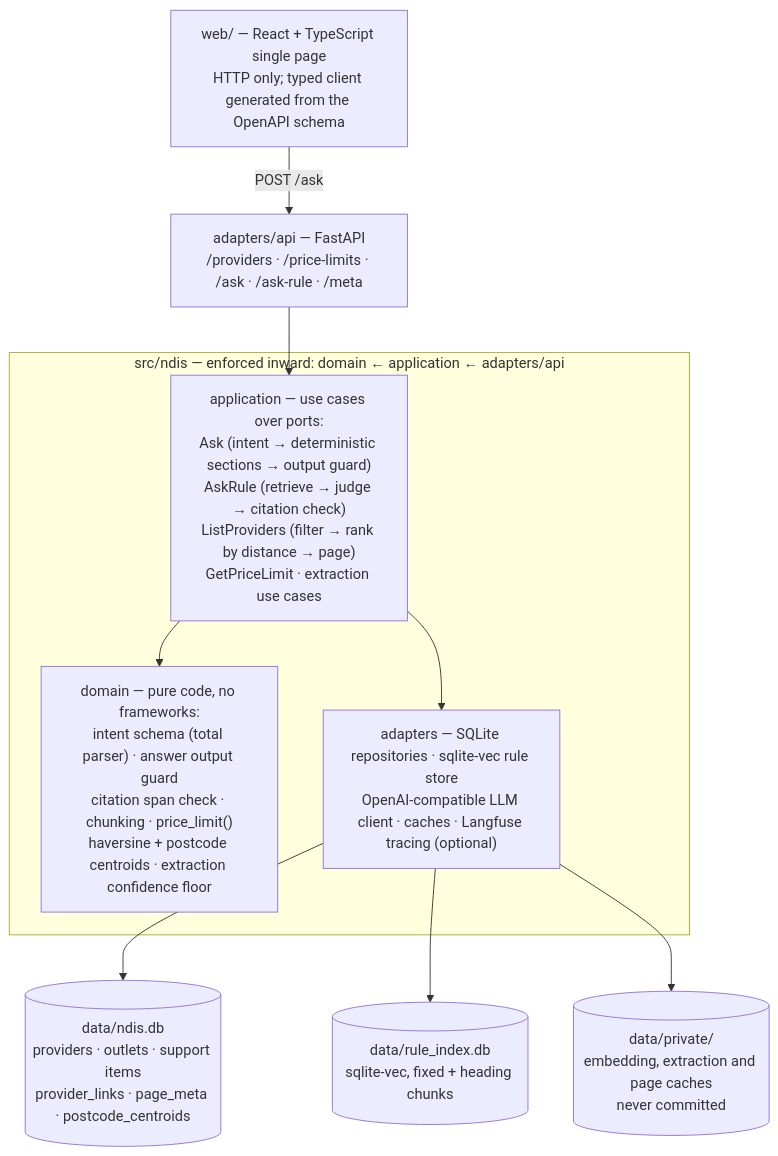
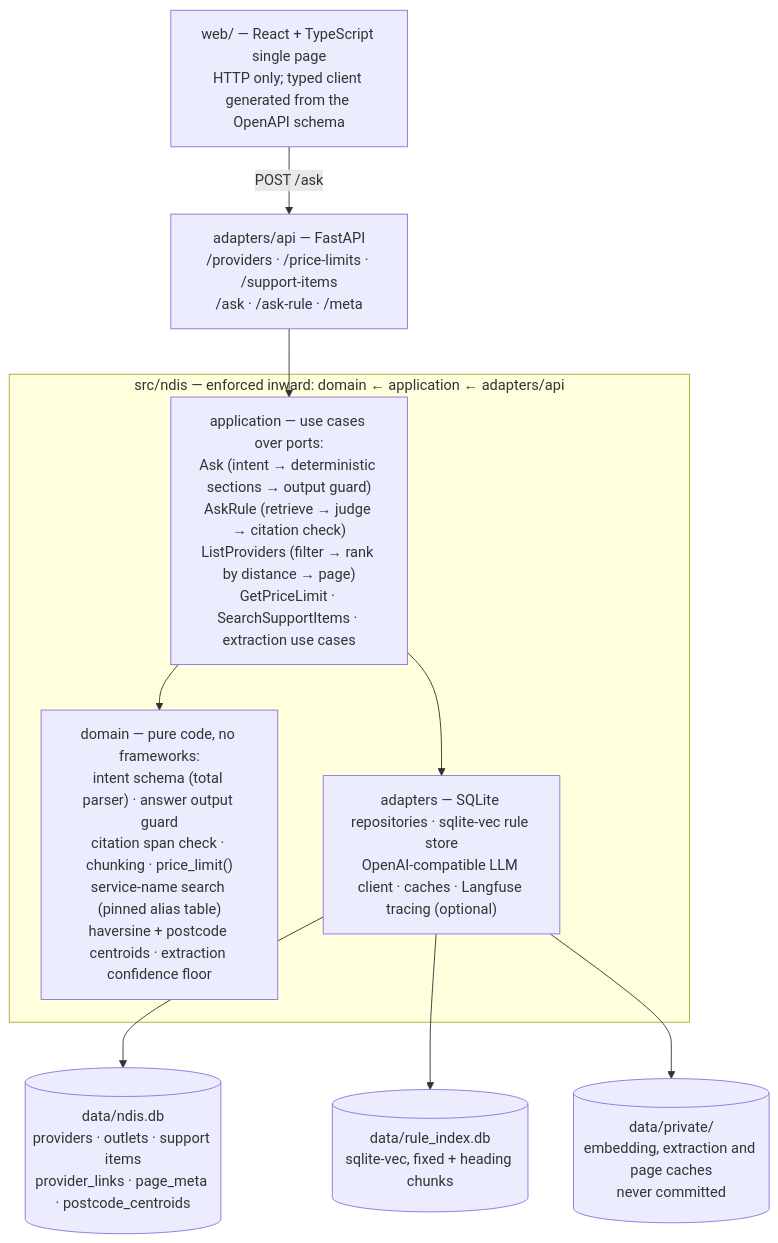
The diagram in README.md (jdhc3m/ndis-provider-navigator), drawn with Mermaid before and after one commit. The commit also changed other lines of this file and 49 other files, not shown here.

First line of the commit message:
feat: service names instead of support item numbers (ticket 14) (#64)

````diff
--- a/README.md
+++ b/README.md
@@ -15,22 +17,22 @@
 ```mermaid
 flowchart TD
     Web["web/ — React + TypeScript single page<br/>HTTP only; typed client generated from the OpenAPI schema"]
-    API["adapters/api — FastAPI<br/>/providers · /price-limits · /ask · /ask-rule · /meta"]
+    API["adapters/api — FastAPI<br/>/providers · /price-limits · /support-items<br/>/ask · /ask-rule · /meta"]
 
     subgraph L["src/ndis — enforced inward: domain ← application ← adapters/api"]
-        APP["application — use cases over ports:<br/>Ask (intent → deterministic sections → output guard)<br/>AskRule (retrieve → judge → citation check)<br/>ListProviders (filter → rank by distance → page)<br/>GetPriceLimit · extraction use cases"]
-        DOM["domain — pure code, no frameworks:<br/>intent schema (total parser) · answer output guard<br/>citation span check · chunking · price_limit()<br/>haversine + postcode centroids · extraction confidence floor"]
+        APP["application — use cases over ports:<br/>Ask (intent → deterministic sections → output guard)<br/>AskRule (retrieve → judge → citation check)<br/>ListProviders (filter → rank by distance → page)<br/>GetPriceLimit · SearchSupportItems · extraction use cases"]
+        DOM["domain — pure code, no frameworks:<br/>intent schema (total parser) · answer output guard<br/>citation span check · chunking · price_limit()<br/>service-name search (pinned alias table)<br/>haversine + postcode centroids · extraction confidence floor"]
         ADP["adapters — SQLite repositories · sqlite-vec rule store<br/>OpenAI-compatible LLM client · caches · Langfuse tracing (optional)"]
     end
 
     DB[("data/ndis.db<br/>providers · outlets · support items<br/>provider_links · page_meta · postcode_centroids")]
     IDX[("data/rule_index.db<br/>sqlite-vec, fixed + heading chunks")]
     PRIV[("data/private/<br/>embedding, extraction and page caches<br/>never committed")]
 
     Web -->|"POST /ask"| API --> APP
     APP --> DOM
     APP --> ADP
     ADP --> DB
     ADP --> IDX
     ADP --> PRIV
 ```
````
